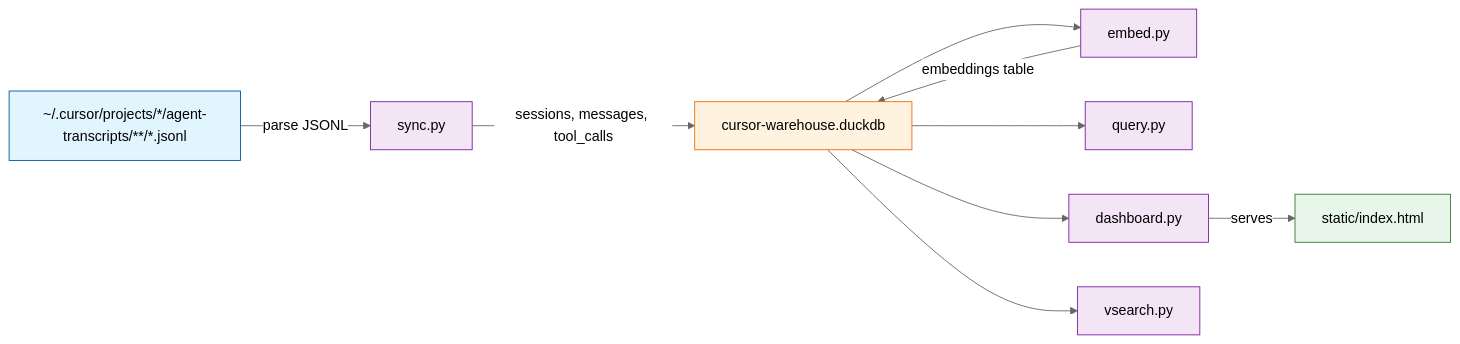
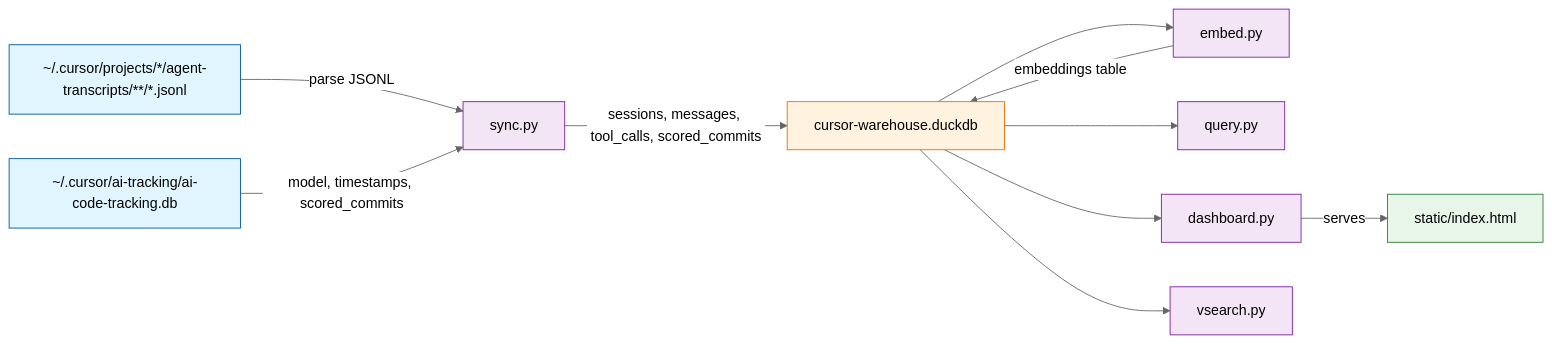
Before and after one commit to Texarkanine/cursor-warehouse: the first of 2 diagrams in memory-bank/active/tasks.md, drawn with Mermaid (neutral theme). The commit also changed other lines of this file and 2 other files, not shown here.

First line of the commit message:
chore: revise plan with ai-code-tracking.db integration findings

````diff
--- a/memory-bank/active/tasks.md
+++ b/memory-bank/active/tasks.md
@@ -15,25 +15,27 @@
 ```mermaid
 graph LR
     classDef source fill:#e1f5fe,stroke:#01579b;
     classDef script fill:#f3e5f5,stroke:#7b1fa2;
     classDef store fill:#fff3e0,stroke:#ef6c00;
     classDef ui fill:#e8f5e9,stroke:#2e7d32;
 
     T["~/.cursor/projects/*/agent-transcripts/**/*.jsonl"]:::source
+    ACT["~/.cursor/ai-tracking/ai-code-tracking.db"]:::source
     S["sync.py"]:::script
     DB["cursor-warehouse.duckdb"]:::store
     E["embed.py"]:::script
     Q["query.py"]:::script
     D["dashboard.py"]:::script
     V["vsearch.py"]:::script
     H["static/index.html"]:::ui
 
     T -->|"parse JSONL"| S
-    S -->|"sessions, messages, tool_calls"| DB
+    ACT -->|"model, timestamps, scored_commits"| S
+    S -->|"sessions, messages, tool_calls, scored_commits"| DB
     DB --> Q
     DB --> D
     DB --> E
     E -->|"embeddings table"| DB
     DB --> V
     D -->|"serves"| H
 ```
````
